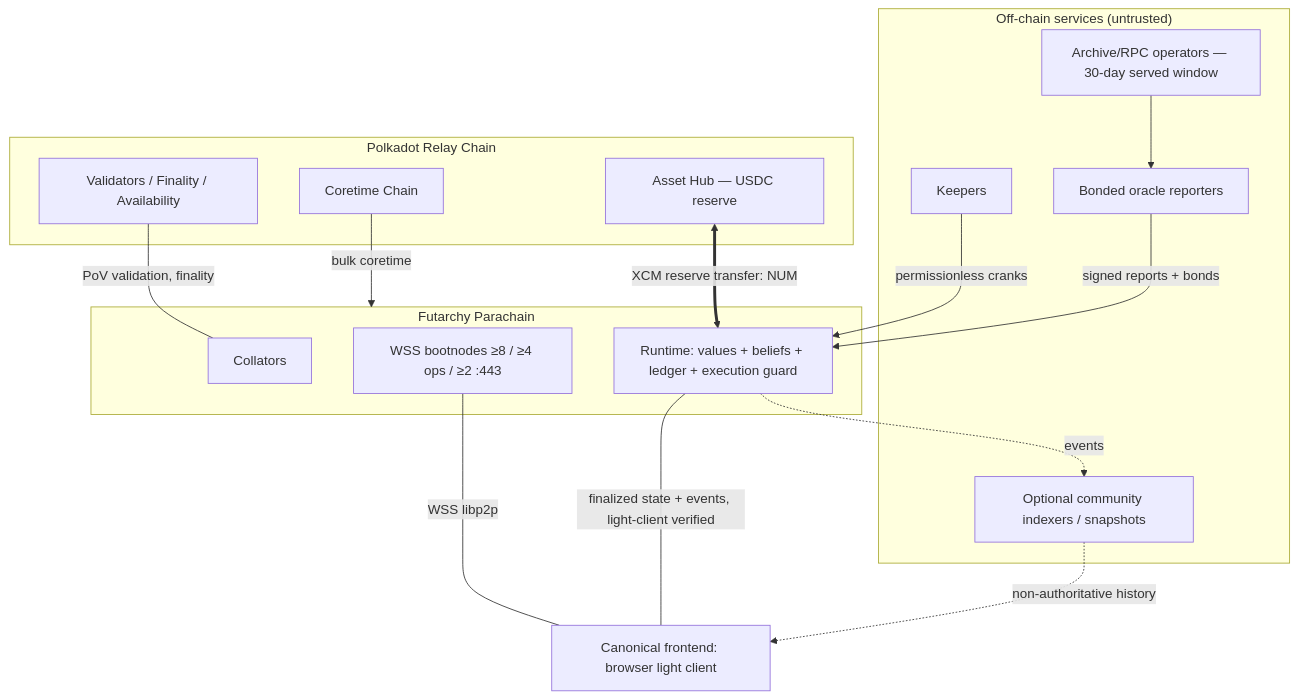
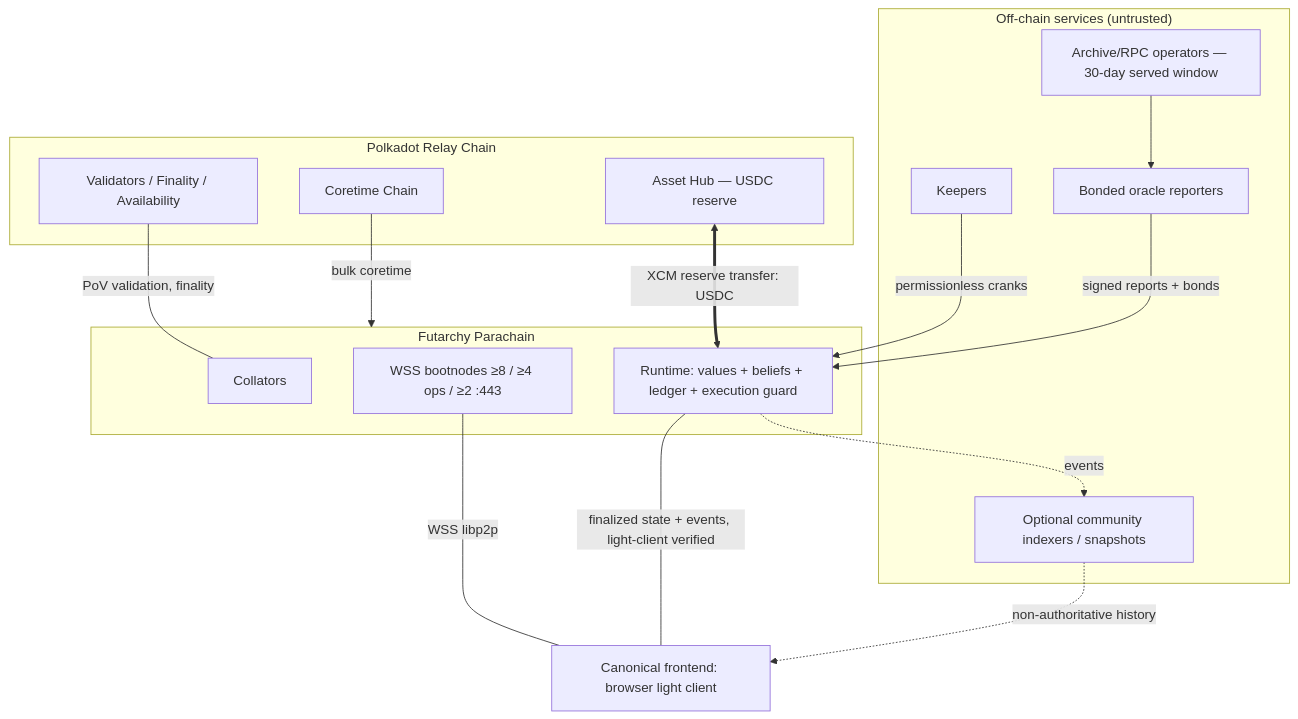
The diagram in docs/architecture/01-system-overview.md (bleavit/bleavit), drawn with Mermaid before and after one commit. The commit also changed other lines of this file and 22 other files, not shown here.

Commit message:
Update asset naming and parameters in documentation to reflect changes from NUM to USDC and GOV to WIT. Adjusted trading, portfolio, and fee structures accordingly for consistency across design specifications.

````diff
--- a/docs/architecture/01-system-overview.md
+++ b/docs/architecture/01-system-overview.md
@@ -120,29 +120,29 @@
 ```mermaid
 flowchart TB
     subgraph Relay["Polkadot Relay Chain"]
         V[Validators / Finality / Availability]
         CT[Coretime Chain]
         AH[Asset Hub — USDC reserve]
     end
     subgraph Para["Futarchy Parachain"]
         COL[Collators]
         BN[WSS bootnodes ≥8 / ≥4 ops / ≥2 :443]
         RT[Runtime: values + beliefs + ledger + execution guard]
     end
     subgraph Offchain["Off-chain services (untrusted)"]
         K[Keepers]
         OR[Bonded oracle reporters]
         AR[Archive/RPC operators — 30-day served window]
         CIX[Optional community indexers / snapshots]
     end
     FE[Canonical frontend: browser light client]
     V ---|PoV validation, finality| COL
     CT -->|bulk coretime| Para
-    AH <==>|XCM reserve transfer: NUM| RT
+    AH <==>|XCM reserve transfer: USDC| RT
     K -->|permissionless cranks| RT
     OR -->|signed reports + bonds| RT
     BN ---|WSS libp2p| FE
     RT ---|finalized state + events, light-client verified| FE
     RT -.->|events| CIX -.->|non-authoritative history| FE
     AR --> OR
 ```
````
